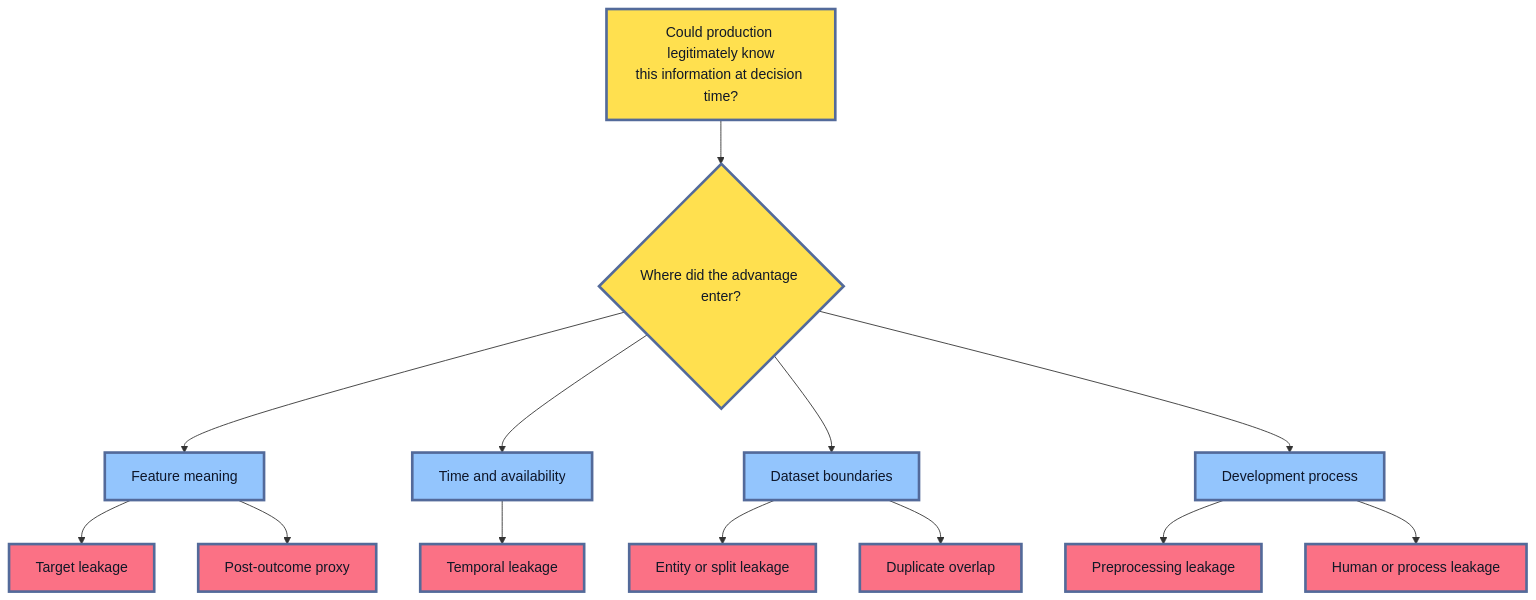
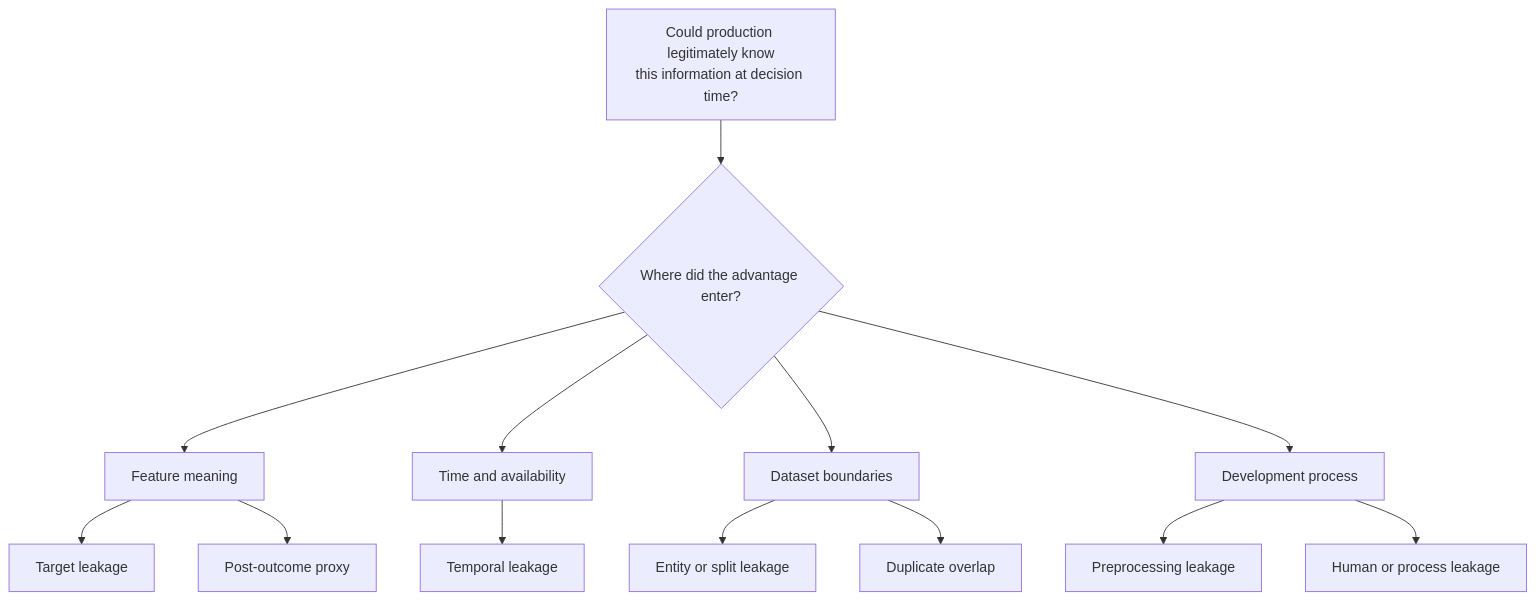
One commit to senlinyy/dev-roadmaps changed the second of 4 diagrams in roadmaps/mlops/modules/data-for-ml-systems/training-data-basics/03-data-leakage-explained.md. Above: the diagram before and after it, drawn with Mermaid. The commit also changed other lines of this file and 152 other files, not shown here.

Commit message:
feat: mlops and diagrams updated

````diff
--- a/roadmaps/mlops/modules/data-for-ml-systems/training-data-basics/03-data-leakage-explained.md
+++ b/roadmaps/mlops/modules/data-for-ml-systems/training-data-basics/03-data-leakage-explained.md
@@ -99,22 +95,19 @@
 ```mermaid
 flowchart TD
     A["Could production legitimately know<br/>this information at decision time?"] --> B{"Where did the advantage enter?"}
     B --> C["Feature meaning"]
     B --> D["Time and availability"]
     B --> E["Dataset boundaries"]
     B --> F["Development process"]
     C --> G["Target leakage"]
     C --> H["Post-outcome proxy"]
     D --> I["Temporal leakage"]
     E --> J["Entity or split leakage"]
     E --> K["Duplicate overlap"]
     F --> L["Preprocessing leakage"]
     F --> M["Human or process leakage"]
 
-    classDef question fill:#FFE04F,stroke:#536A9A,stroke-width:3px,color:#111827
-    classDef boundary fill:#93C5FD,stroke:#536A9A,stroke-width:3px,color:#0F172A
-    classDef leak fill:#FB7185,stroke:#536A9A,stroke-width:3px,color:#111827
     class A,B question
     class C,D,E,F boundary
     class G,H,I,J,K,L,M leak
 ```
````
